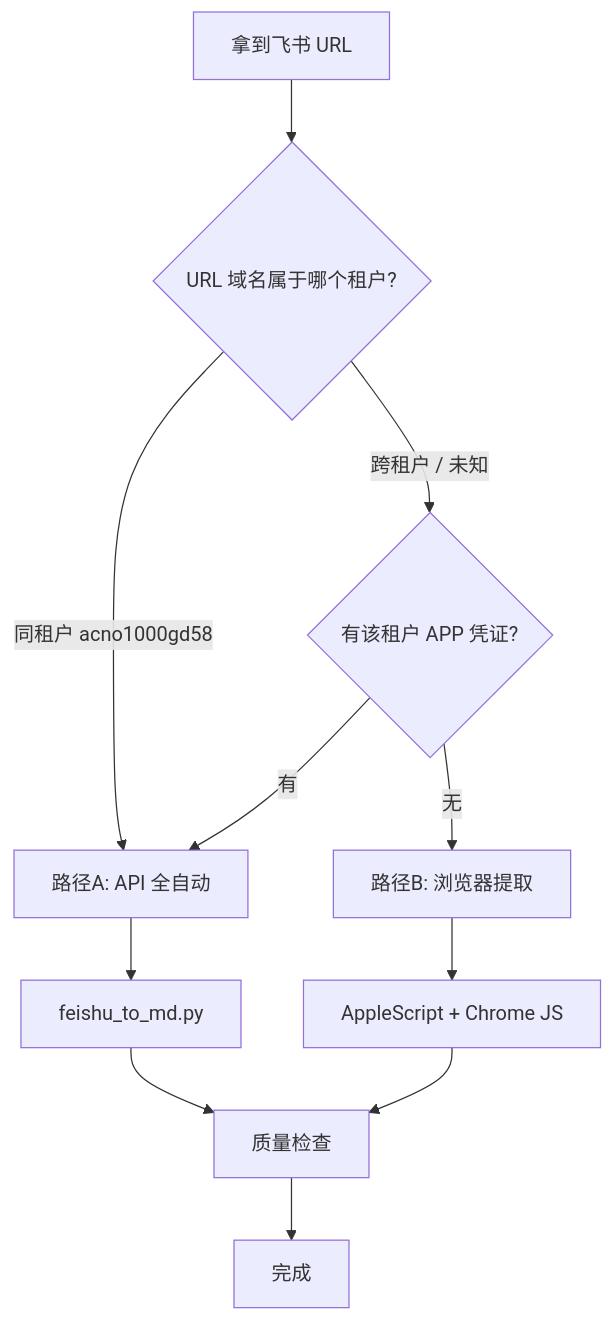
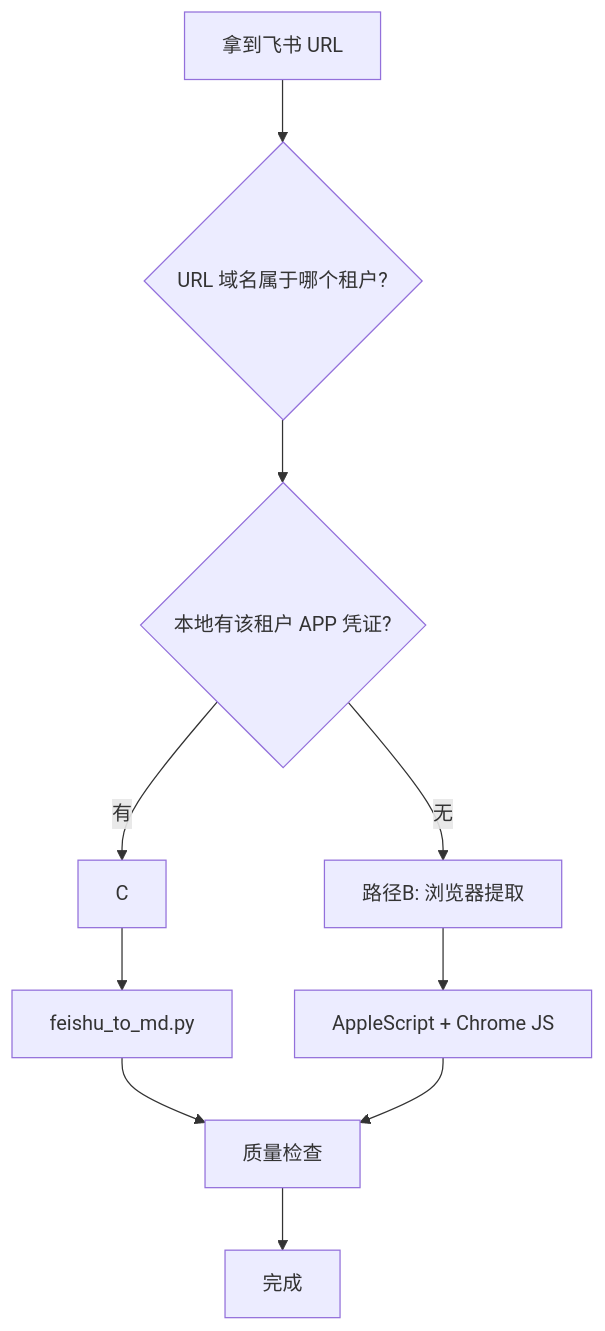
One commit to disturbo/xirang-starter-Vualt changed the diagram in 30-规范/飞书文档采集规范.md. Above: the diagram before and after it, drawn with Mermaid. The commit also changed other lines of this file and 103 other files, not shown here.

````diff
--- a/30-规范/飞书文档采集规范.md
+++ b/30-规范/飞书文档采集规范.md
@@ -17,13 +17,12 @@
 ```mermaid
 flowchart TD
     A[拿到飞书 URL] --> B{URL 域名属于哪个租户?}
-    B -->|同租户 acno1000gd58| C[路径A: API 全自动]
-    B -->|跨租户 / 未知| D{有该租户 APP 凭证?}
+    B --> D{本地有该租户 APP 凭证?}
     D -->|有| C
     D -->|无| E[路径B: 浏览器提取]
     C --> F[feishu_to_md.py]
     E --> G[AppleScript + Chrome JS]
     F --> H[质量检查]
     G --> H
     H --> I[完成]
 ```
````
